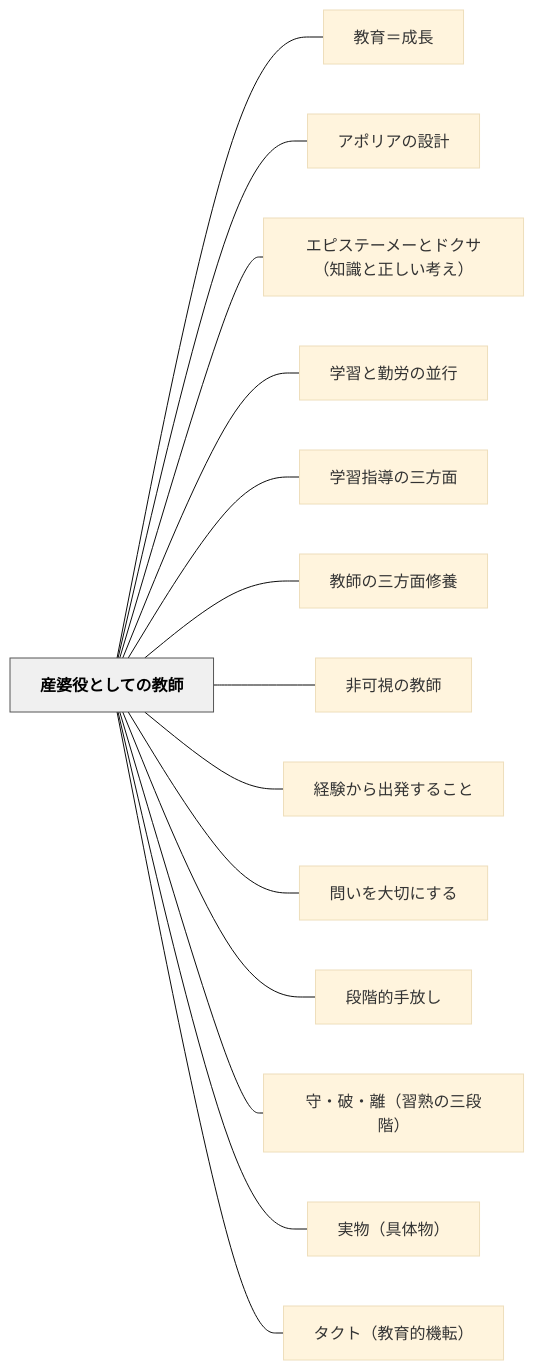
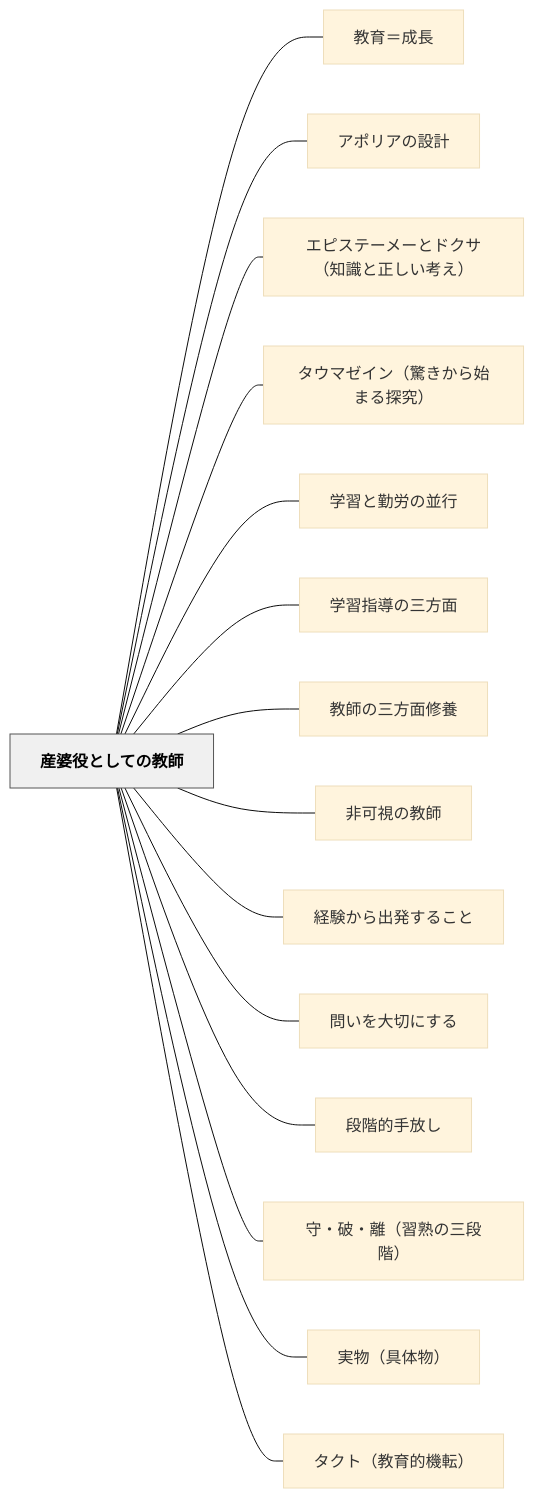
Before and after one commit to unknownthings-ed-patterns/unknownthings-ed-patterns: the diagram in content/パタン/産婆役としての教師.md, drawn with Mermaid (base theme). The commit also changed other lines of this file and 17 other files, not shown here.

````diff
--- a/content/パタン/産婆役としての教師.md
+++ b/content/パタン/産婆役としての教師.md
@@ -176,34 +201,36 @@
 ```mermaid
 flowchart LR
     ne794a3e5a986e5bdb9e381a8e38197e381a6e381aee69599e5b8ab["産婆役としての教師"]
     ne69599e882b2efbc9de68890e995b7["教育＝成長"]
     ne382a2e3839de383aae382a2e381aee8a8ade8a888["アポリアの設計"]
     ne382a8e38394e382b9e38386e383bce383a1e383bce381a8e38389e382afe382b5efbc88e79fa5e8ad98e381a8e6ada3e38197e38184e88083e38188efbc89["エピステーメーとドクサ（知識と正しい考え）"]
+    ne382bfe382a6e3839ee382bce382a4e383b3efbc88e9a99ae3818de3818be38289e5a78be381bee3828be68ea2e7a9b6efbc89["タウマゼイン（驚きから始まる探究）"]
     ne5ada6e7bf92e381a8e58ba4e58ab4e381aee4b8a6e8a18c["学習と勤労の並行"]
     ne5ada6e7bf92e68c87e5b08ee381aee4b889e696b9e99da2["学習指導の三方面"]
     ne69599e5b8abe381aee4b889e696b9e99da2e4bfaee9a48a["教師の三方面修養"]
     ne99d9ee58fafe8a696e381aee69599e5b8ab["非可視の教師"]
     ne7b58ce9a893e3818be38289e587bae799bae38199e3828be38193e381a8["経験から出発すること"]
     ne5958fe38184e38292e5a4a7e58887e381abe38199e3828b["問いを大切にする"]
     ne6aeb5e99a8ee79a84e6898be694bee38197["段階的手放し"]
     ne5ae88e383bbe7a0b4e383bbe99ba2efbc88e7bf92e7869fe381aee4b889e6aeb5e99a8eefbc89["守・破・離（習熟の三段階）"]
     ne5ae9fe789a9efbc88e585b7e4bd93e789a9efbc89["実物（具体物）"]
     ne382bfe382afe38388efbc88e69599e882b2e79a84e6a99fe8bba2efbc89["タクト（教育的機転）"]
 
     ne794a3e5a986e5bdb9e381a8e38197e381a6e381aee69599e5b8ab --- ne69599e882b2efbc9de68890e995b7
     ne794a3e5a986e5bdb9e381a8e38197e381a6e381aee69599e5b8ab --- ne382a2e3839de383aae382a2e381aee8a8ade8a888
     ne794a3e5a986e5bdb9e381a8e38197e381a6e381aee69599e5b8ab --- ne382a8e38394e382b9e38386e383bce383a1e383bce381a8e38389e382afe382b5efbc88e79fa5e8ad98e381a8e6ada3e38197e38184e88083e38188efbc89
+    ne794a3e5a986e5bdb9e381a8e38197e381a6e381aee69599e5b8ab --- ne382bfe382a6e3839ee382bce382a4e383b3efbc88e9a99ae3818de3818be38289e5a78be381bee3828be68ea2e7a9b6efbc89
     ne794a3e5a986e5bdb9e381a8e38197e381a6e381aee69599e5b8ab --- ne5ada6e7bf92e381a8e58ba4e58ab4e381aee4b8a6e8a18c
     ne794a3e5a986e5bdb9e381a8e38197e381a6e381aee69599e5b8ab --- ne5ada6e7bf92e68c87e5b08ee381aee4b889e696b9e99da2
     ne794a3e5a986e5bdb9e381a8e38197e381a6e381aee69599e5b8ab --- ne69599e5b8abe381aee4b889e696b9e99da2e4bfaee9a48a
     ne794a3e5a986e5bdb9e381a8e38197e381a6e381aee69599e5b8ab --- ne99d9ee58fafe8a696e381aee69599e5b8ab
     ne794a3e5a986e5bdb9e381a8e38197e381a6e381aee69599e5b8ab --- ne7b58ce9a893e3818be38289e587bae799bae38199e3828be38193e381a8
     ne794a3e5a986e5bdb9e381a8e38197e381a6e381aee69599e5b8ab --- ne5958fe38184e38292e5a4a7e58887e381abe38199e3828b
     ne794a3e5a986e5bdb9e381a8e38197e381a6e381aee69599e5b8ab --- ne6aeb5e99a8ee79a84e6898be694bee38197
     ne794a3e5a986e5bdb9e381a8e38197e381a6e381aee69599e5b8ab --- ne5ae88e383bbe7a0b4e383bbe99ba2efbc88e7bf92e7869fe381aee4b889e6aeb5e99a8eefbc89
     ne794a3e5a986e5bdb9e381a8e38197e381a6e381aee69599e5b8ab --- ne5ae9fe789a9efbc88e585b7e4bd93e789a9efbc89
     ne794a3e5a986e5bdb9e381a8e38197e381a6e381aee69599e5b8ab --- ne382bfe382afe38388efbc88e69599e882b2e79a84e6a99fe8bba2efbc89
 
     classDef hub fill:#f0f0f0,stroke:#555,color:#000,font-weight:bold
     class ne794a3e5a986e5bdb9e381a8e38197e381a6e381aee69599e5b8ab hub
 ```
````
